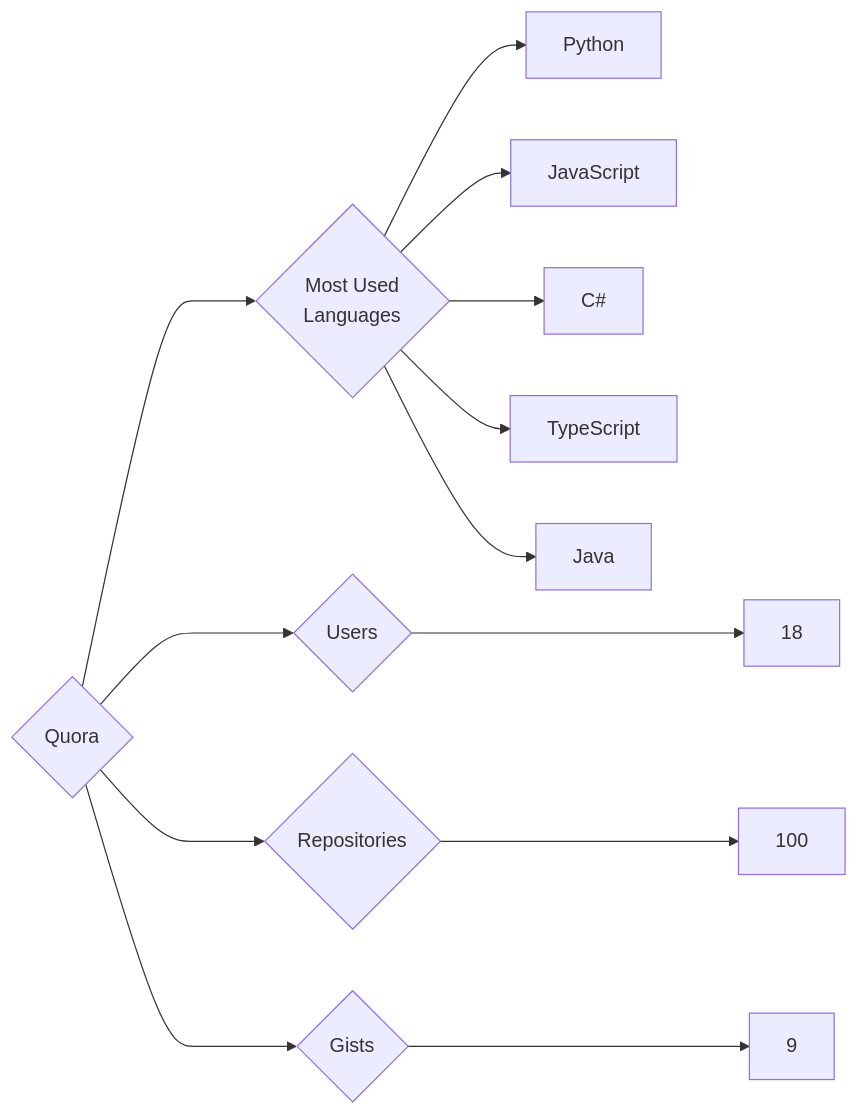
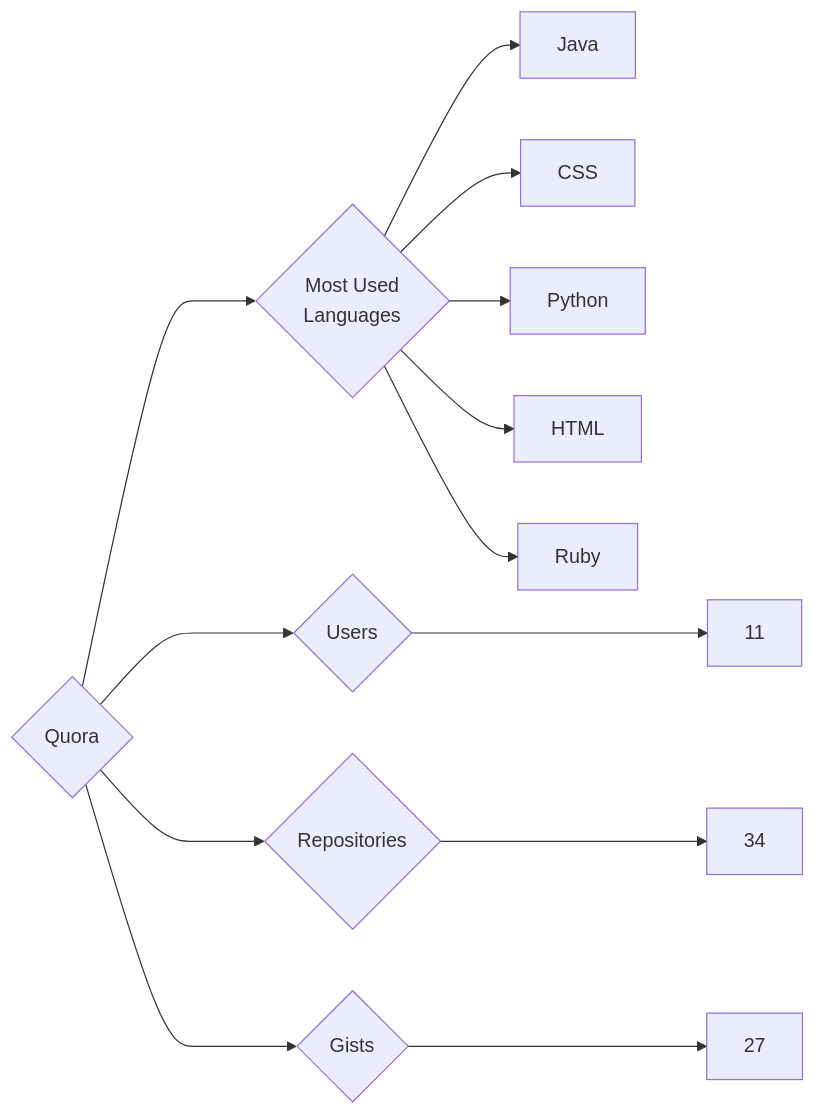
One commit to trickest/insiders changed the diagram in targets/Quora/README.md. Above: the diagram before and after it, drawn with Mermaid. The commit also changed 920 other files, not shown here.

````diff
--- a/targets/Quora/README.md
+++ b/targets/Quora/README.md
@@ -3,13 +3,13 @@
 ```mermaid
 graph LR
 COMPANY_NAME{Quora}
-COMPANY_NAME ---> U{Users} ---> UN[18]
-COMPANY_NAME ---> R{Repositories} ---> RN[100]
-COMPANY_NAME ---> G{Gists} ---> GN[9]
+COMPANY_NAME ---> U{Users} ---> UN[11]
+COMPANY_NAME ---> R{Repositories} ---> RN[34]
+COMPANY_NAME ---> G{Gists} ---> GN[27]
 COMPANY_NAME ---> ML{Most Used<br>Languages}
+ML --> Java[Java]
+ML --> CSS[CSS]
 ML --> Python[Python]
-ML --> JavaScript[JavaScript]
-ML --> C#[C#]
-ML --> TypeScript[TypeScript]
-ML --> Java[Java]
+ML --> HTML[HTML]
+ML --> Ruby[Ruby]
 ```
````
